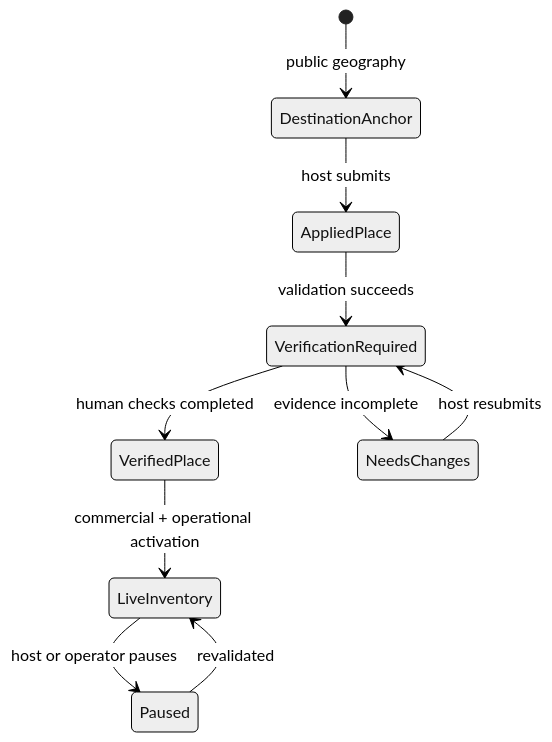
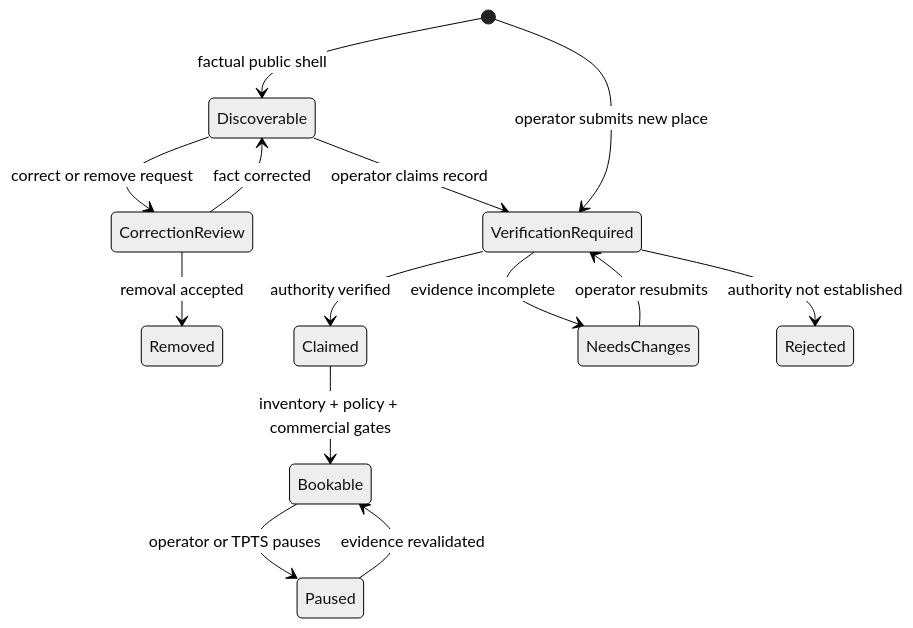
Before and after one commit to freeman-ipumbu/tpts-grid-case-study: the second of 2 diagrams in docs/architecture.md, drawn with Mermaid (neutral theme). The commit also changed other lines of this file and 5 other files, not shown here.

````diff
--- a/docs/architecture.md
+++ b/docs/architecture.md
@@ -69,12 +90,16 @@
 ```mermaid
 stateDiagram-v2
-    [*] --> DestinationAnchor: public geography
-    DestinationAnchor --> AppliedPlace: host submits
-    AppliedPlace --> VerificationRequired: validation succeeds
-    VerificationRequired --> VerifiedPlace: human checks completed
+    [*] --> Discoverable: factual public shell
+    Discoverable --> CorrectionReview: correct or remove request
+    CorrectionReview --> Discoverable: fact corrected
+    CorrectionReview --> Removed: removal accepted
+    Discoverable --> VerificationRequired: operator claims record
+    [*] --> VerificationRequired: operator submits new place
+    VerificationRequired --> Claimed: authority verified
     VerificationRequired --> NeedsChanges: evidence incomplete
-    NeedsChanges --> VerificationRequired: host resubmits
-    VerifiedPlace --> LiveInventory: commercial + operational activation
-    LiveInventory --> Paused: host or operator pauses
-    Paused --> LiveInventory: revalidated
+    VerificationRequired --> Rejected: authority not established
+    NeedsChanges --> VerificationRequired: operator resubmits
+    Claimed --> Bookable: inventory + policy + commercial gates
+    Bookable --> Paused: operator or TPTS pauses
+    Paused --> Bookable: evidence revalidated
 ```
````
